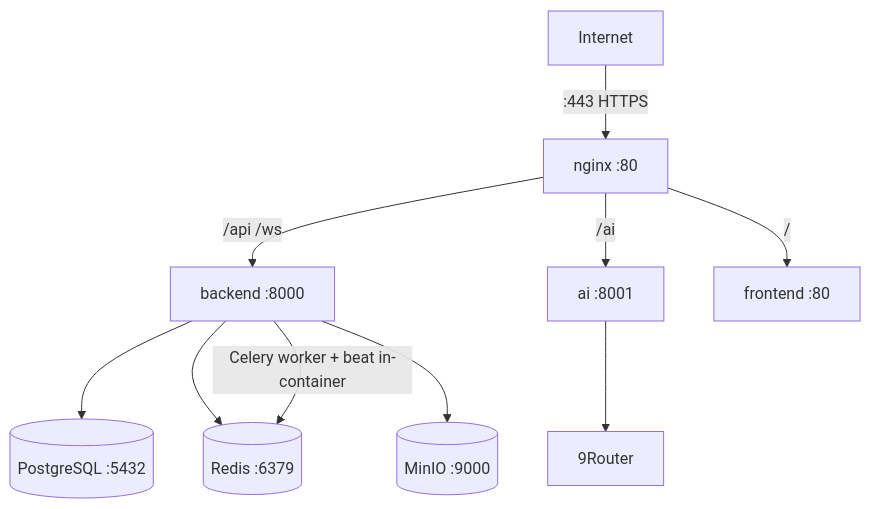
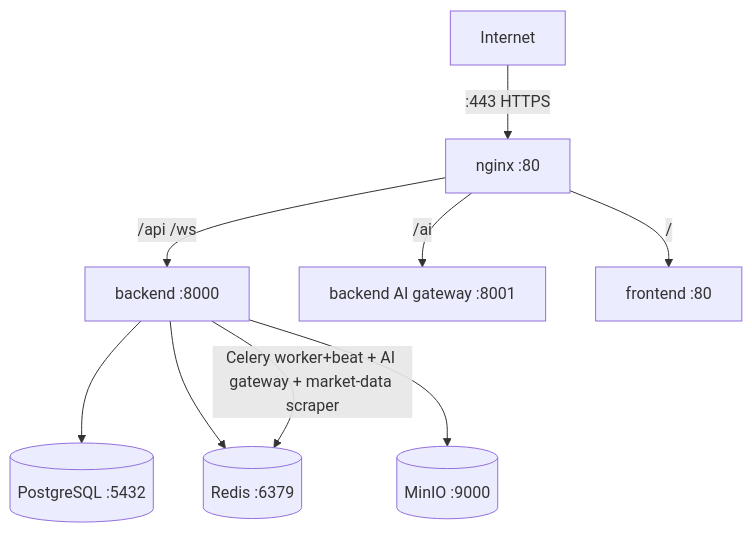
Before and after one commit to CannonFodder151/autobrain: the first of 4 diagrams in docs/Deployment-and-Infrastructure/infrastructure-diagrams.md, drawn with Mermaid. The commit also changed other lines of this file and 7 other files, not shown here.

````diff
--- a/docs/Deployment-and-Infrastructure/infrastructure-diagrams.md
+++ b/docs/Deployment-and-Infrastructure/infrastructure-diagrams.md
@@ -5,12 +5,11 @@
 ```mermaid
 graph TD
     Net[Internet] -->|:443 HTTPS| Nginx[nginx :80]
     Nginx -->|/api /ws| Backend[backend :8000]
-    Nginx -->|/ai| AI[ai :8001]
+    Nginx -->|/ai| BackendAI[backend AI gateway :8001]
     Nginx -->|/| Frontend[frontend :80]
     Backend --> Postgres[(PostgreSQL :5432)]
     Backend --> Redis[(Redis :6379)]
     Backend --> MinIO[(MinIO :9000)]
-    Backend -->|Celery worker + beat in-container| Redis
-    AI --> Router[9Router]
+    Backend -->|Celery worker+beat + AI gateway + market-data scraper| Redis
 ```
````
